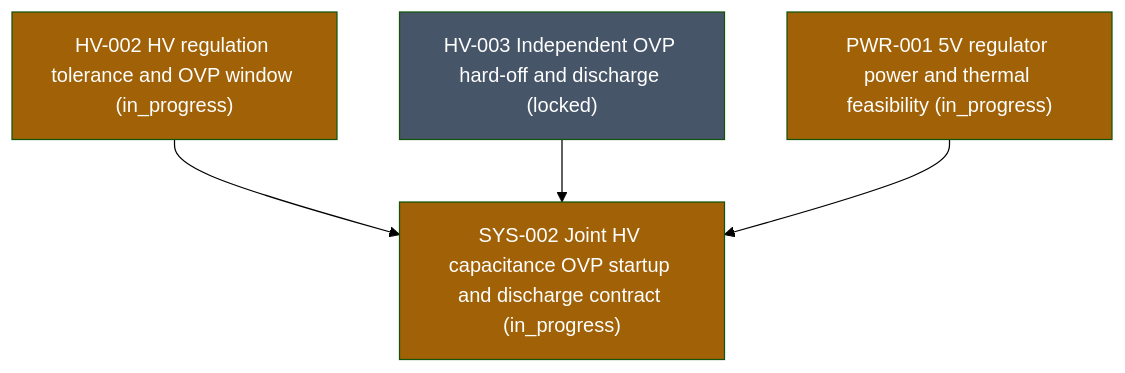
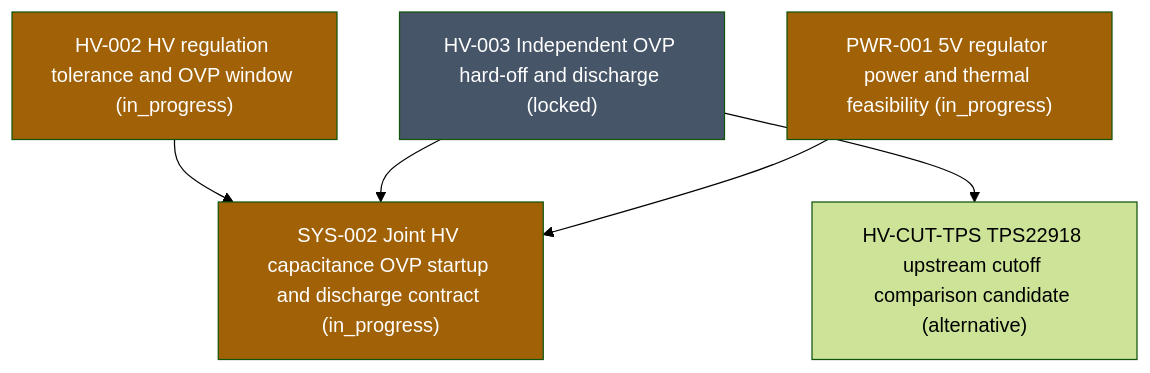
The fourth of 12 diagrams in docs/tech-tree.md (mitsu32m/PROJECT-NIXIDORO), drawn with Mermaid (forest theme) before and after one commit. The commit also changed other lines of this file and 7 other files, not shown here.

````diff
--- a/docs/tech-tree.md
+++ b/docs/tech-tree.md
@@ -90,14 +90,16 @@
 ```mermaid
 flowchart TB
   N_HV_002["HV-002 HV regulation tolerance and OVP window (in_progress)"]
   N_HV_003["HV-003 Independent OVP hard-off and discharge (locked)"]
   N_PWR_001["PWR-001 5V regulator power and thermal feasibility (in_progress)"]
+  N_HV_CUT_TPS["HV-CUT-TPS TPS22918 upstream cutoff comparison candidate (alternative)"]
   N_SYS_002["SYS-002 Joint HV capacitance OVP startup and discharge contract (in_progress)"]
   N_HV_002 --> N_SYS_002
+  N_HV_003 --> N_HV_CUT_TPS
   N_HV_003 --> N_SYS_002
   N_PWR_001 --> N_SYS_002
   classDef in_progress fill:#a16207,color:#fff
   class N_HV_002,N_PWR_001,N_SYS_002 in_progress
   classDef locked fill:#475569,color:#fff
   class N_HV_003 locked
 ```
````
